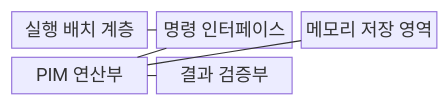
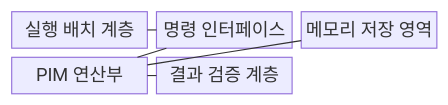
The first of 2 diagrams in src/content/docs/notes/08-latest-tech/146_pim.md (agnusdei1207/knowledge-base), drawn with Mermaid before and after one commit. The commit also changed other lines of this file and 9 other files, not shown here.

````diff
--- a/src/content/docs/notes/08-latest-tech/146_pim.md
+++ b/src/content/docs/notes/08-latest-tech/146_pim.md
@@ -70,13 +73,13 @@
 ```mermaid
 block-beta
   columns 3
   placement["실행 배치 계층"]
   interface["명령 인터페이스"]
   memory["메모리 저장 영역"]
   compute["PIM 연산부"]
-  verify["결과 검증부"]
+  verify["결과 검증 계층"]
   placement --- interface
   interface --- compute
   memory --- compute
   compute --- verify
 ```
````
